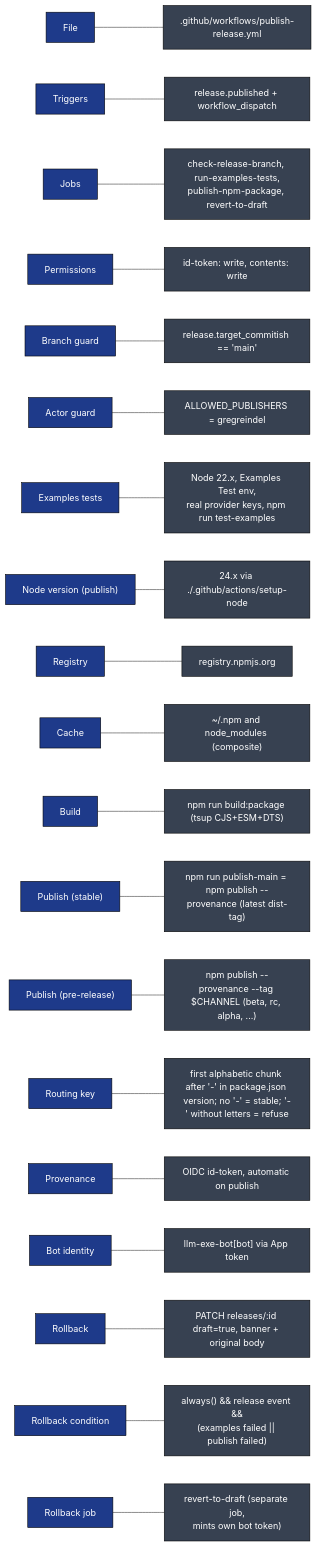
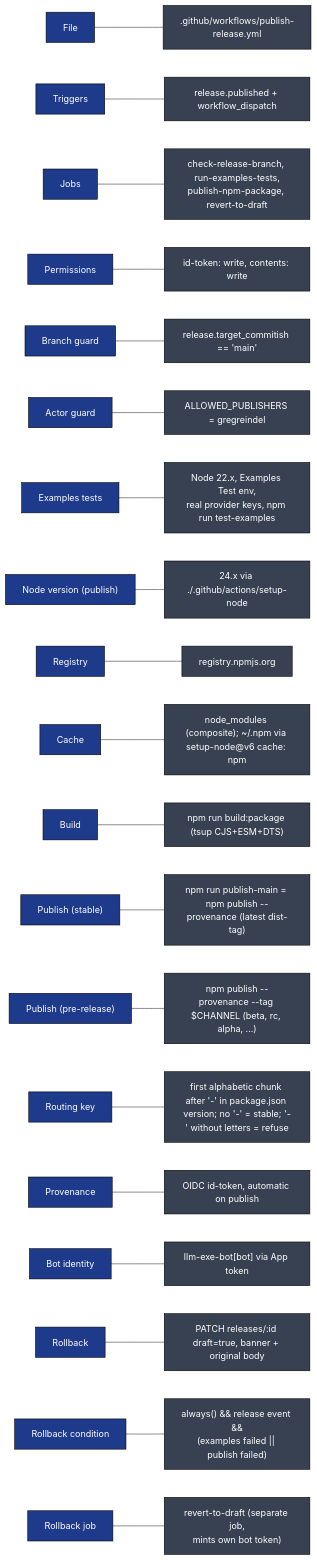
Before and after one commit to llm-exe/llm-exe: diagram 12 of 12 in .github/docs/PUBLISH_RELEASE_DEEP_DIVE.md, drawn with Mermaid. The commit also changed other lines of this file and 5 other files, not shown here.

Commit message:
chore: update cache action documentation to focus on node_modules and remove npm dependencies references

````diff
--- a/.github/docs/PUBLISH_RELEASE_DEEP_DIVE.md
+++ b/.github/docs/PUBLISH_RELEASE_DEEP_DIVE.md
@@ -569,25 +569,25 @@
 ```mermaid
 flowchart LR
     classDef k fill:#1e3a8a,color:#fff,stroke:#000
     classDef v fill:#374151,color:#fff,stroke:#000
 
     K1["File"]:::k --- V1[".github/workflows/publish-release.yml"]:::v
     K2["Triggers"]:::k --- V2["release.published + workflow_dispatch"]:::v
     K3["Jobs"]:::k --- V3["check-release-branch, run-examples-tests,\npublish-npm-package, revert-to-draft"]:::v
     K4["Permissions"]:::k --- V4["id-token: write, contents: write"]:::v
     K5["Branch guard"]:::k --- V5["release.target_commitish == 'main'"]:::v
     K6["Actor guard"]:::k --- V6["ALLOWED_PUBLISHERS = gregreindel"]:::v
     K6b["Examples tests"]:::k --- V6b["Node 22.x, Examples Test env,\nreal provider keys, npm run test-examples"]:::v
     K7["Node version (publish)"]:::k --- V7["24.x via ./.github/actions/setup-node"]:::v
     K8["Registry"]:::k --- V8["registry.npmjs.org"]:::v
-    K9["Cache"]:::k --- V9["~/.npm and node_modules (composite)"]:::v
+    K9["Cache"]:::k --- V9["node_modules (composite); ~/.npm via setup-node@v6 cache: npm"]:::v
     K10["Build"]:::k --- V10["npm run build:package (tsup CJS+ESM+DTS)"]:::v
     K11["Publish (stable)"]:::k --- V11["npm run publish-main = npm publish --provenance (latest dist-tag)"]:::v
     K12["Publish (pre-release)"]:::k --- V12["npm publish --provenance --tag $CHANNEL (beta, rc, alpha, ...)"]:::v
     K13["Routing key"]:::k --- V13["first alphabetic chunk after '-' in package.json version; no '-' = stable; '-' without letters = refuse"]:::v
     K14["Provenance"]:::k --- V14["OIDC id-token, automatic on publish"]:::v
     K15["Bot identity"]:::k --- V15["llm-exe-bot[bot] via App token"]:::v
     K16["Rollback"]:::k --- V16["PATCH releases/:id draft=true, banner + original body"]:::v
     K17["Rollback condition"]:::k --- V17["always() && release event &&\n(examples failed || publish failed)"]:::v
     K18["Rollback job"]:::k --- V18["revert-to-draft (separate job,\nmints own bot token)"]:::v
 ```
````
